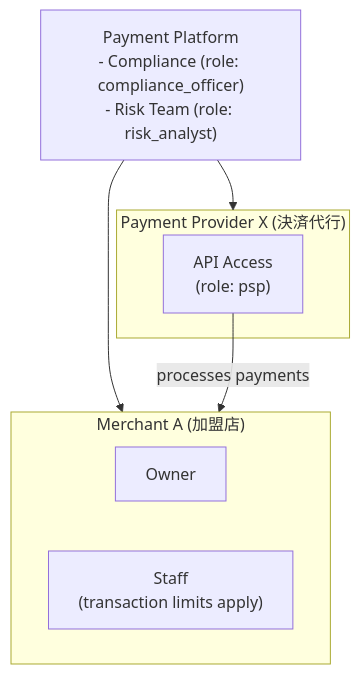
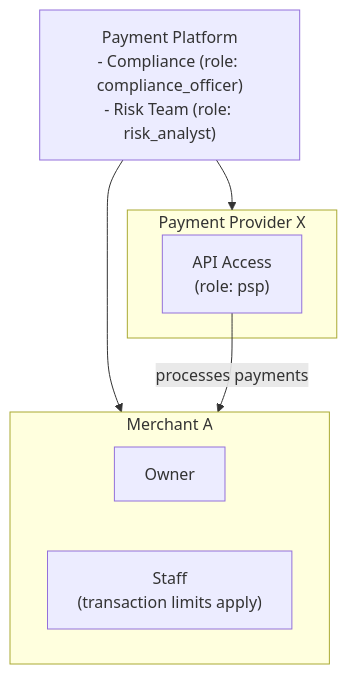
The tenth of 16 diagrams in docs/project-management/RBAC_USE_CASES.md (sgrastar/authrim), drawn with Mermaid before and after one commit. The commit also changed other lines of this file and 28 other files, not shown here.

````diff
--- a/docs/project-management/RBAC_USE_CASES.md
+++ b/docs/project-management/RBAC_USE_CASES.md
@@ -636,17 +636,17 @@
 ```mermaid
 flowchart TB
     Platform["Payment Platform<br/>- Compliance (role: compliance_officer)<br/>- Risk Team (role: risk_analyst)"]
 
-    subgraph MerchantA["Merchant A (加盟店)"]
+    subgraph MerchantA["Merchant A"]
         MA_Owner["Owner"]
         MA_Staff["Staff<br/>(transaction limits apply)"]
     end
 
-    subgraph PSP["Payment Provider X (決済代行)"]
+    subgraph PSP["Payment Provider X"]
         PSP_API["API Access<br/>(role: psp)"]
     end
 
     Platform --> MerchantA
     Platform --> PSP
     PSP_API -->|"processes payments"| MerchantA
 ```
````
